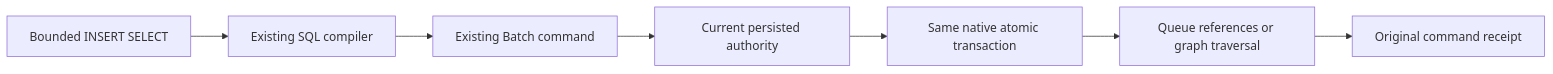
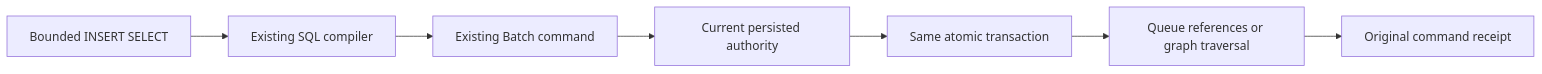
Before and after one commit to managedcode/KeyLoad: the second of 2 diagrams in docs/ADR/ADR-067-composable-agent-database.md, drawn with Mermaid. The commit also changed other lines of this file and 9016 other files, not shown here.

````diff
--- a/docs/ADR/ADR-067-composable-agent-database.md
+++ b/docs/ADR/ADR-067-composable-agent-database.md
@@ -120,9 +120,9 @@
 ```mermaid
 flowchart LR
   SQL[Bounded INSERT SELECT] --> Compiler[Existing SQL compiler]
   Compiler --> Command[Existing Batch command]
   Command --> Auth[Current persisted authority]
-  Auth --> Atomic[Same native atomic transaction]
+  Auth --> Atomic[Same atomic transaction]
   Atomic --> Projection[Queue references or graph traversal]
   Projection --> Receipt[Original command receipt]
 ```
````
